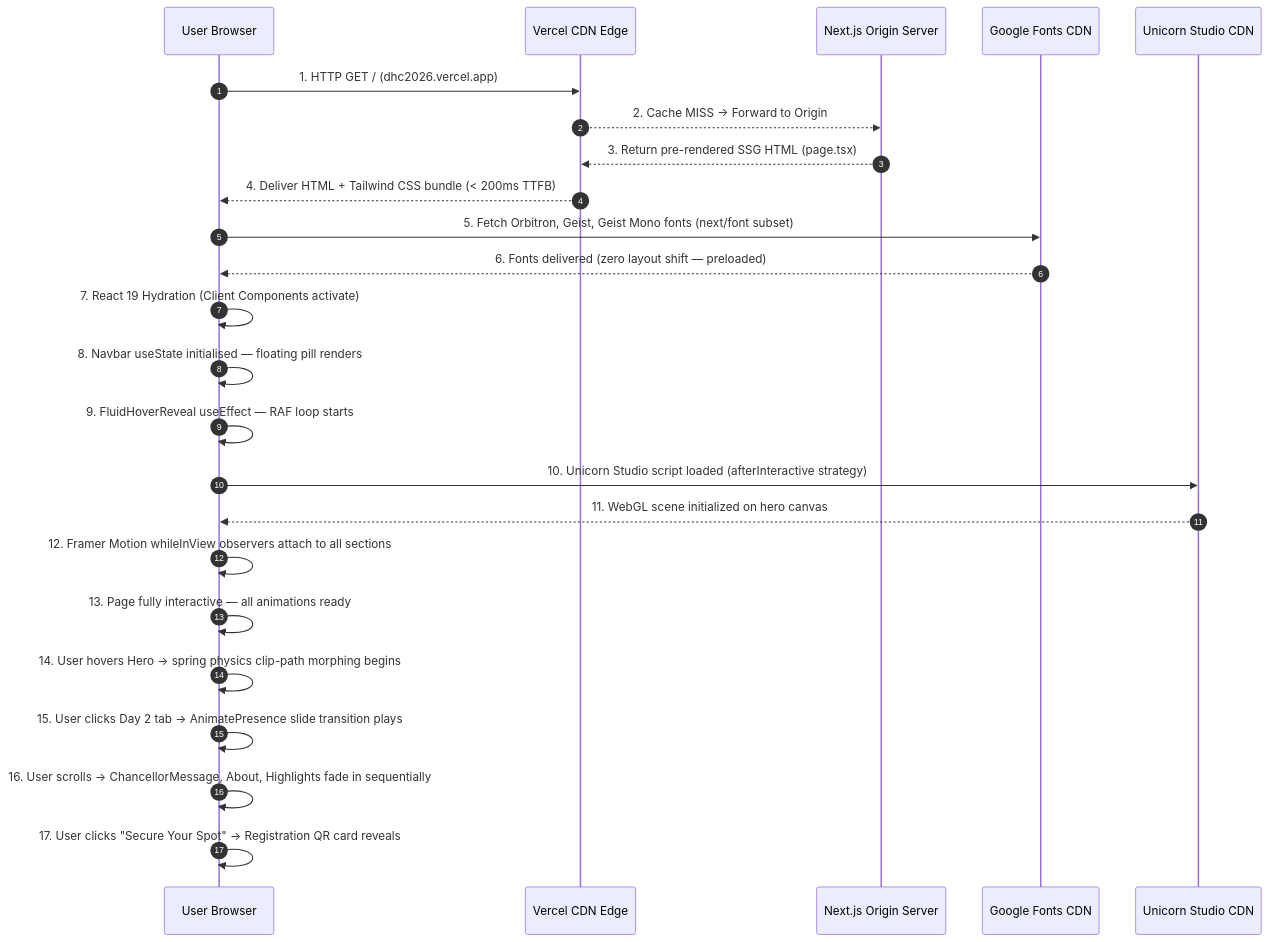
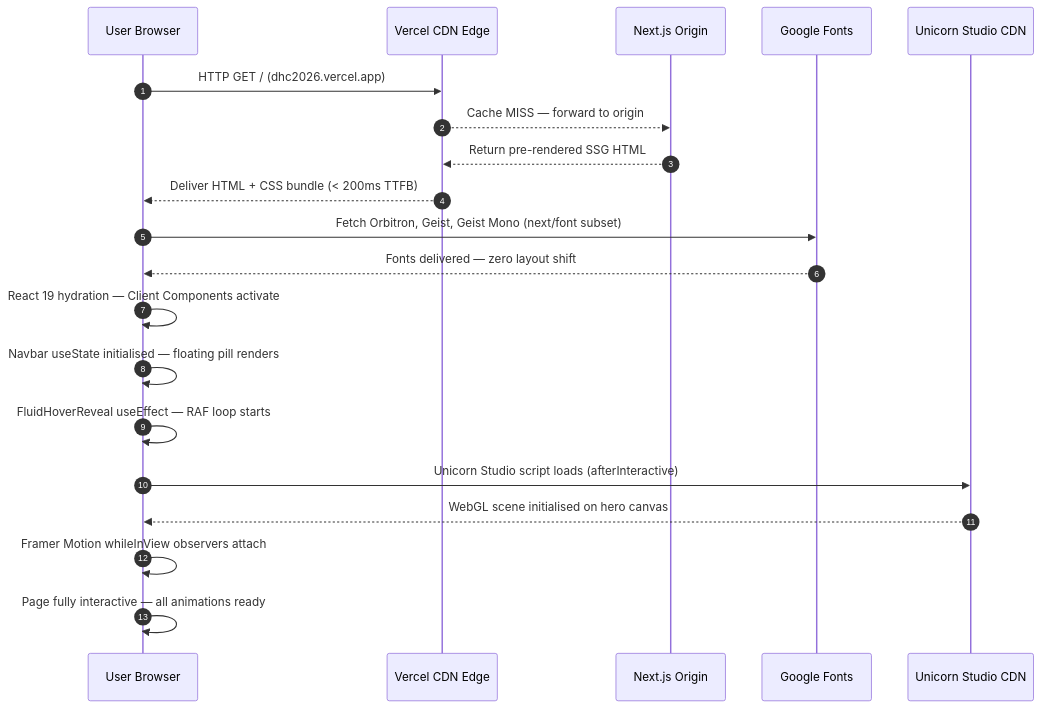
The third of 4 diagrams in README.md (goprocker/Digital-Horizon-Conclave-2026), drawn with Mermaid before and after one commit. The commit also changed other lines of this file, not shown here.

````diff
--- a/README.md
+++ b/README.md
@@ -146,27 +178,23 @@
 ```mermaid
 sequenceDiagram
     autonumber
     participant U as User Browser
     participant CDN as Vercel CDN Edge
-    participant NS as Next.js Origin Server
-    participant GF as Google Fonts CDN
+    participant NS as Next.js Origin
+    participant GF as Google Fonts
     participant UC as Unicorn Studio CDN
 
-    U->>CDN: 1. HTTP GET / (dhc2026.vercel.app)
-    CDN-->>NS: 2. Cache MISS → Forward to Origin
-    NS-->>CDN: 3. Return pre-rendered SSG HTML (page.tsx)
-    CDN-->>U: 4. Deliver HTML + Tailwind CSS bundle (< 200ms TTFB)
-    U->>GF: 5. Fetch Orbitron, Geist, Geist Mono fonts (next/font subset)
-    GF-->>U: 6. Fonts delivered (zero layout shift — preloaded)
-    U->>U: 7. React 19 Hydration (Client Components activate)
-    U->>U: 8. Navbar useState initialised — floating pill renders
-    U->>U: 9. FluidHoverReveal useEffect — RAF loop starts
-    U->>UC: 10. Unicorn Studio script loaded (afterInteractive strategy)
-    UC-->>U: 11. WebGL scene initialized on hero canvas
-    U->>U: 12. Framer Motion whileInView observers attach to all sections
-    U->>U: 13. Page fully interactive — all animations ready
-    U->>U: 14. User hovers Hero → spring physics clip-path morphing begins
-    U->>U: 15. User clicks Day 2 tab → AnimatePresence slide transition plays
-    U->>U: 16. User scrolls → ChancellorMessage, About, Highlights fade in sequentially
-    U->>U: 17. User clicks "Secure Your Spot" → Registration QR card reveals
+    U->>CDN: HTTP GET / (dhc2026.vercel.app)
+    CDN-->>NS: Cache MISS — forward to origin
+    NS-->>CDN: Return pre-rendered SSG HTML
+    CDN-->>U: Deliver HTML + CSS bundle (< 200ms TTFB)
+    U->>GF: Fetch Orbitron, Geist, Geist Mono (next/font subset)
+    GF-->>U: Fonts delivered — zero layout shift
+    U->>U: React 19 hydration — Client Components activate
+    U->>U: Navbar useState initialised — floating pill renders
+    U->>U: FluidHoverReveal useEffect — RAF loop starts
+    U->>UC: Unicorn Studio script loads (afterInteractive)
+    UC-->>U: WebGL scene initialised on hero canvas
+    U->>U: Framer Motion whileInView observers attach
+    U->>U: Page fully interactive — all animations ready
 ```
````
